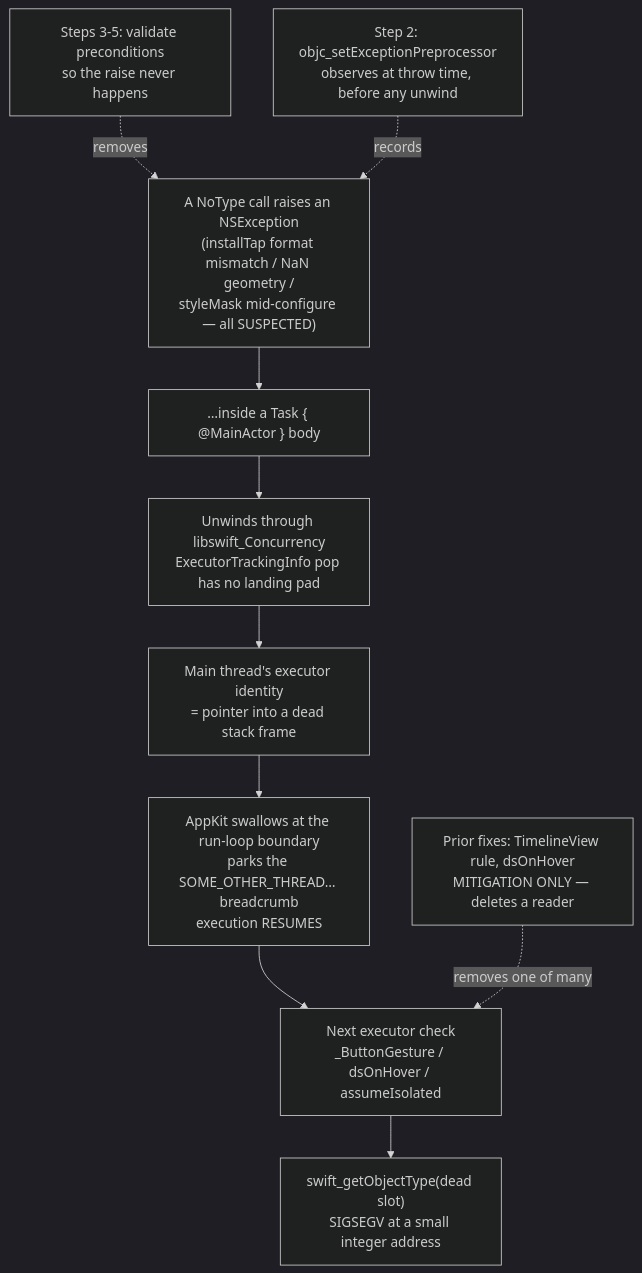
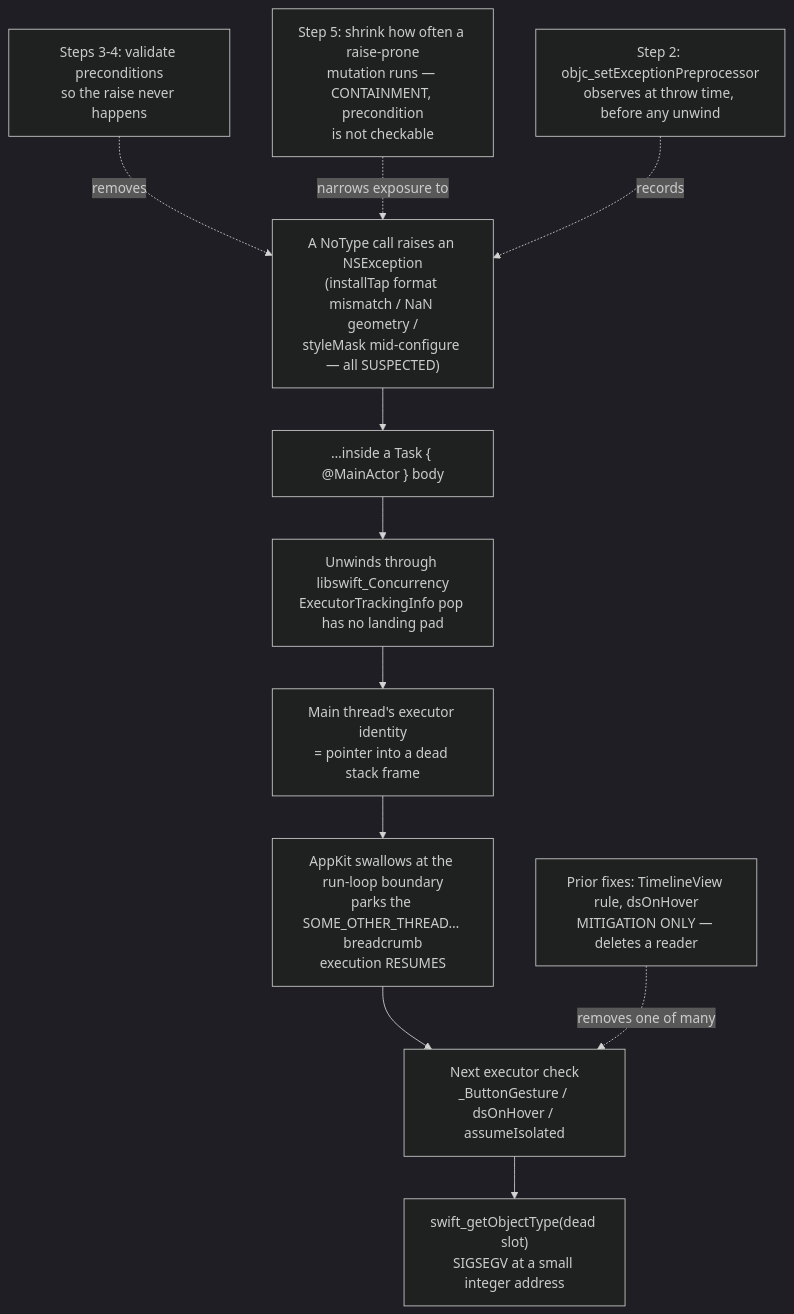
The diagram in docs/plans/2026-07-26-001-fix-swallowed-exception-executor-corruption-plan.md (weylandd/NoType), drawn with Mermaid (dark theme) before and after one commit. The commit also changed other lines of this file, not shown here.

````diff
--- a/docs/plans/2026-07-26-001-fix-swallowed-exception-executor-corruption-plan.md
+++ b/docs/plans/2026-07-26-001-fix-swallowed-exception-executor-corruption-plan.md
@@ -171,19 +197,21 @@
 ```mermaid
 flowchart TB
   T["A NoType call raises an NSException<br/>(installTap format mismatch / NaN geometry /<br/>styleMask mid-configure — all SUSPECTED)"]
   J["…inside a Task { @MainActor } body"]
   U["Unwinds through libswift_Concurrency<br/>ExecutorTrackingInfo pop has no landing pad"]
   O["Main thread's executor identity<br/>= pointer into a dead stack frame"]
   S["AppKit swallows at the run-loop boundary<br/>parks the SOME_OTHER_THREAD… breadcrumb<br/>execution RESUMES"]
   R["Next executor check<br/>_ButtonGesture / dsOnHover / assumeIsolated"]
   C["swift_getObjectType(dead slot)<br/>SIGSEGV at a small integer address"]
 
-  F1["Steps 3-5: validate preconditions<br/>so the raise never happens"]
+  F1["Steps 3-4: validate preconditions<br/>so the raise never happens"]
+  F1b["Step 5: shrink how often a raise-prone<br/>mutation runs — CONTAINMENT, precondition<br/>is not checkable"]
   F2["Step 2: objc_setExceptionPreprocessor<br/>observes at throw time, before any unwind"]
   F3["Prior fixes: TimelineView rule, dsOnHover<br/>MITIGATION ONLY — deletes a reader"]
 
   T --> J --> U --> O --> S --> R --> C
   F1 -.->|"removes"| T
+  F1b -.->|"narrows exposure to"| T
   F2 -.->|"records"| T
   F3 -.->|"removes one of many"| R
 ```
````
